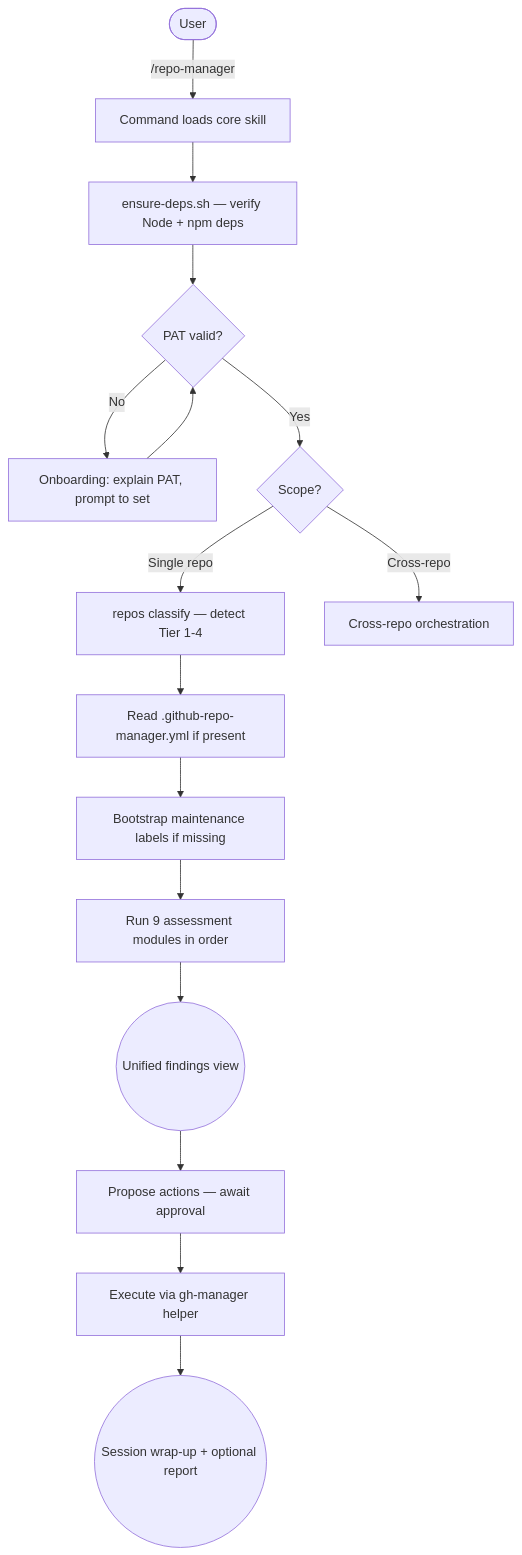
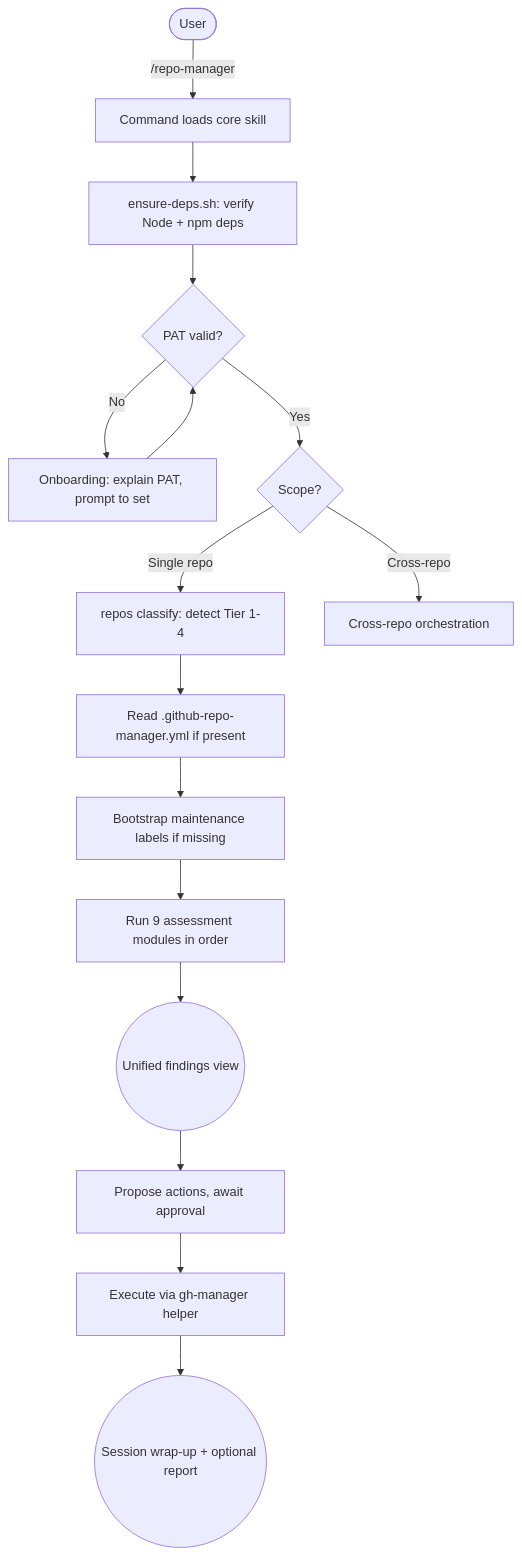
Before and after one commit to L3DigitalNet/Claude-Code-Plugins: the diagram in plugins/github-repo-manager/README.md, drawn with Mermaid. The commit also changed other lines of this file and 17 other files, not shown here.

````diff
--- a/plugins/github-repo-manager/README.md
+++ b/plugins/github-repo-manager/README.md
@@ -63,18 +63,18 @@
 ```mermaid
 flowchart TD
     User([User]) -->|/repo-manager| CMD[Command loads core skill]
-    CMD --> DEPS[ensure-deps.sh — verify Node + npm deps]
+    CMD --> DEPS[ensure-deps.sh: verify Node + npm deps]
     DEPS --> PAT{PAT valid?}
     PAT -->|No| ONBOARD[Onboarding: explain PAT, prompt to set]
     PAT -->|Yes| SCOPE{Scope?}
     ONBOARD --> PAT
-    SCOPE -->|Single repo| TIER[repos classify — detect Tier 1-4]
+    SCOPE -->|Single repo| TIER[repos classify: detect Tier 1-4]
     SCOPE -->|Cross-repo| CROSS[Cross-repo orchestration]
     TIER --> CONFIG[Read .github-repo-manager.yml if present]
     CONFIG --> LABELS[Bootstrap maintenance labels if missing]
     LABELS --> ASSESS[Run 9 assessment modules in order]
     ASSESS --> UNIFIED((Unified findings view))
-    UNIFIED --> ACTIONS[Propose actions — await approval]
+    UNIFIED --> ACTIONS[Propose actions, await approval]
     ACTIONS --> EXEC[Execute via gh-manager helper]
     EXEC --> WRAP((Session wrap-up + optional report))
 ```
````
